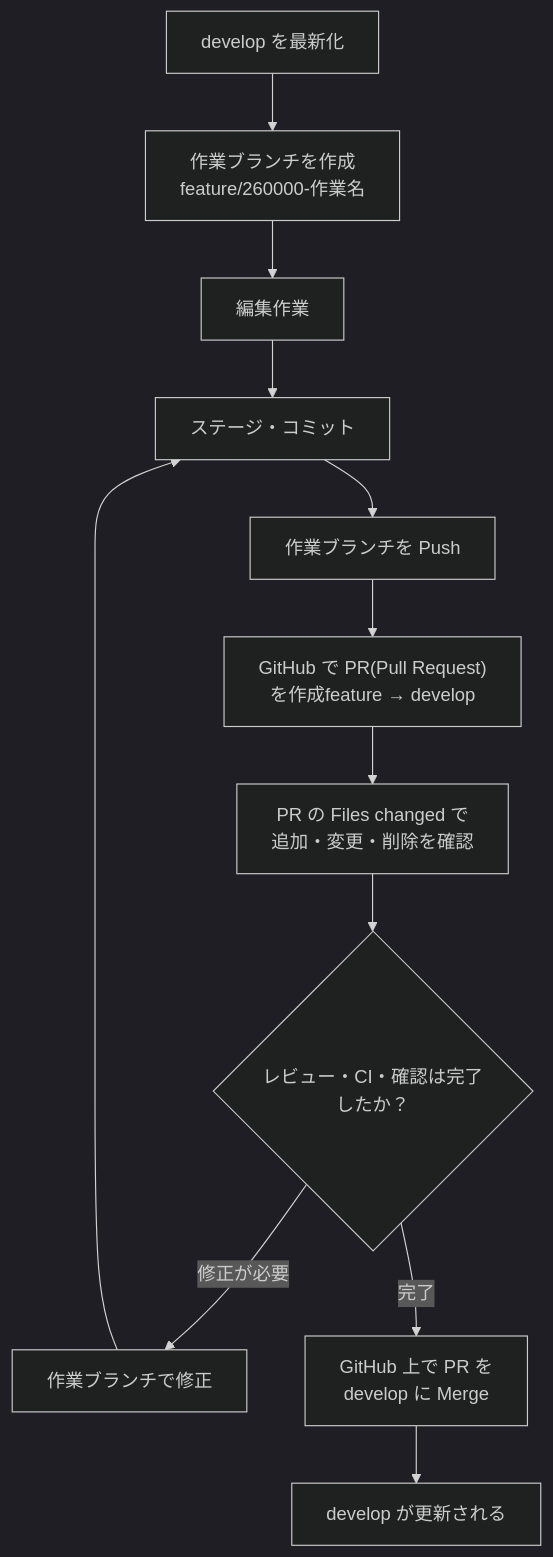
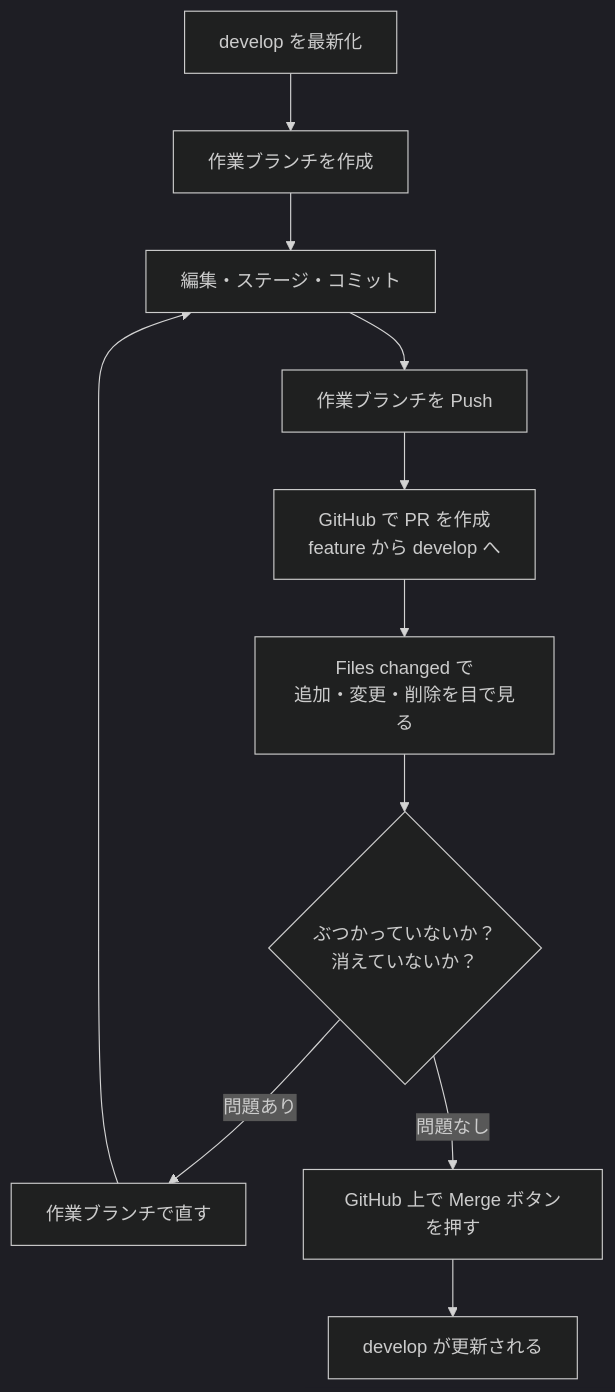
Before and after one commit to dekinaiNet/practice1: the fifth of 6 diagrams in genkou-flow-pr-kaizen.md, drawn with Mermaid (dark theme). The commit also changed other lines of this file and 1 other file, not shown here.

First line of the commit message:
Develop (#11)

````diff
--- a/genkou-flow-pr-kaizen.md
+++ b/genkou-flow-pr-kaizen.md
@@ -97,14 +118,13 @@
 ```mermaid
 flowchart TD
-    A["develop を最新化"] --> B["作業ブランチを作成<br/>feature/260000-作業名"]
-    B --> C["編集作業"]
-    C --> D["ステージ・コミット"]
-    D --> E["作業ブランチを Push"]
-    E --> F["GitHub で PR(Pull Request) <br/>を作成feature → develop"]
-    F --> G["PR の Files changed で<br/>追加・変更・削除を確認"]
-    G --> H{"レビュー・CI・確認は完了したか？"}
-    H -->|修正が必要| I["作業ブランチで修正"]
-    I --> D
-    H -->|完了| J["GitHub 上で PR を<br/>develop に Merge"]
-    J --> K["develop が更新される"]
+    A["develop を最新化"] --> B["作業ブランチを作成"]
+    B --> C["編集・ステージ・コミット"]
+    C --> D["作業ブランチを Push"]
+    D --> E["GitHub で PR を作成<br/>feature から develop へ"]
+    E --> F["Files changed で<br/>追加・変更・削除を目で見る"]
+    F --> G{"ぶつかっていないか？<br/>消えていないか？"}
+    G -->|"問題あり"| H["作業ブランチで直す"]
+    H --> C
+    G -->|"問題なし"| I["GitHub 上で Merge ボタンを押す"]
+    I --> J["develop が更新される"]
 ```
````
